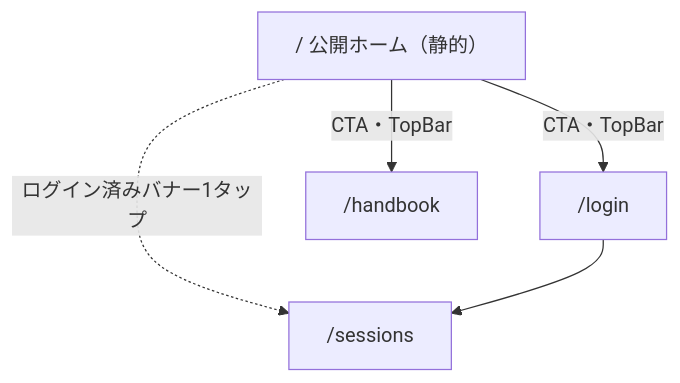
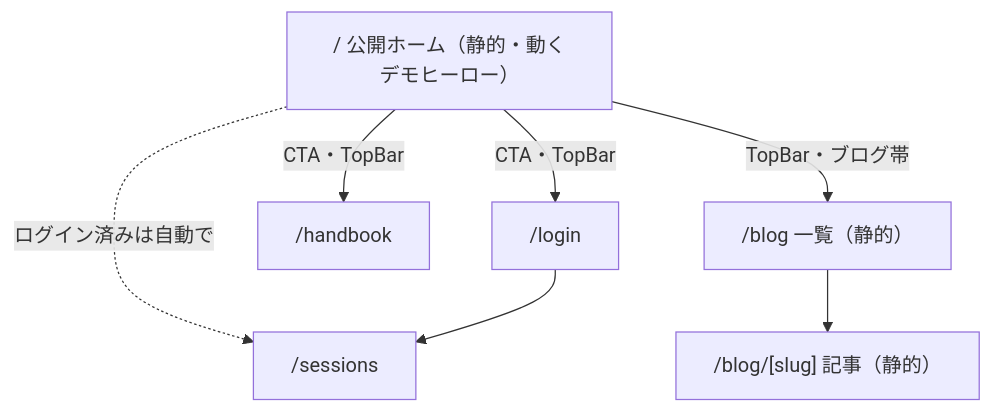
The diagram in docs/dev-org/SPEC-home-static.md (happiitsumo-bit/sailvlog), drawn with Mermaid before and after one commit. The commit also changed other lines of this file and 1 other file, not shown here.

````diff
--- a/docs/dev-org/SPEC-home-static.md
+++ b/docs/dev-org/SPEC-home-static.md
@@ -52,7 +68,9 @@
 ```mermaid
 flowchart TD
-  HOME["/ 公開ホーム（静的）"] -->|CTA・TopBar| LOGIN["/login"]
+  HOME["/ 公開ホーム（静的・動くデモヒーロー）"] -->|CTA・TopBar| LOGIN["/login"]
   HOME -->|CTA・TopBar| HB["/handbook"]
-  HOME -.->|ログイン済みバナー1タップ| SESS["/sessions"]
+  HOME -->|TopBar・ブログ帯| BLOG["/blog 一覧（静的）"]
+  BLOG --> POST["/blog/[slug] 記事（静的）"]
+  HOME -.->|ログイン済みは自動で| SESS["/sessions"]
   LOGIN --> SESS
 ```
````
